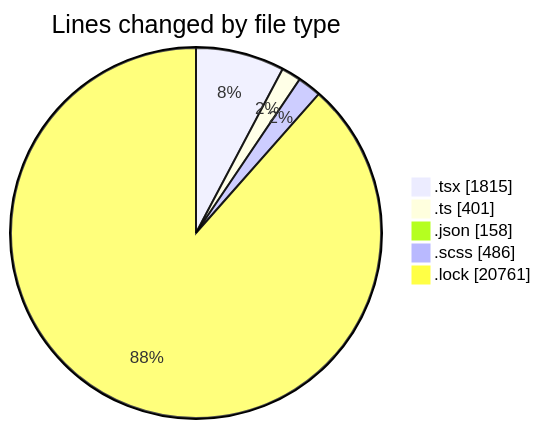
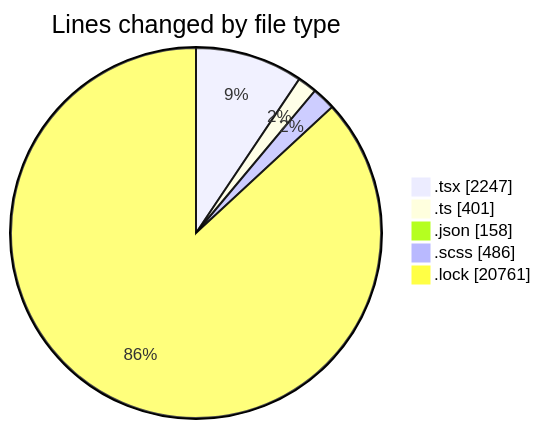
One commit to momahboobian/code-tracking changed the first of 2 diagrams in 2025-04-29/cda/README.md. Above: the diagram before and after it, drawn with Mermaid. The commit also changed other lines of this file and 1 other file, not shown here.

````diff
--- a/2025-04-29/cda/README.md
+++ b/2025-04-29/cda/README.md
@@ -43,9 +43,9 @@
 ```mermaid
 pie showData
 title Lines changed by file type
-".tsx" : 1815
+".tsx" : 2247
 ".ts" : 401
 ".json" : 158
 ".scss" : 486
 ".lock" : 20761
 ```
````
